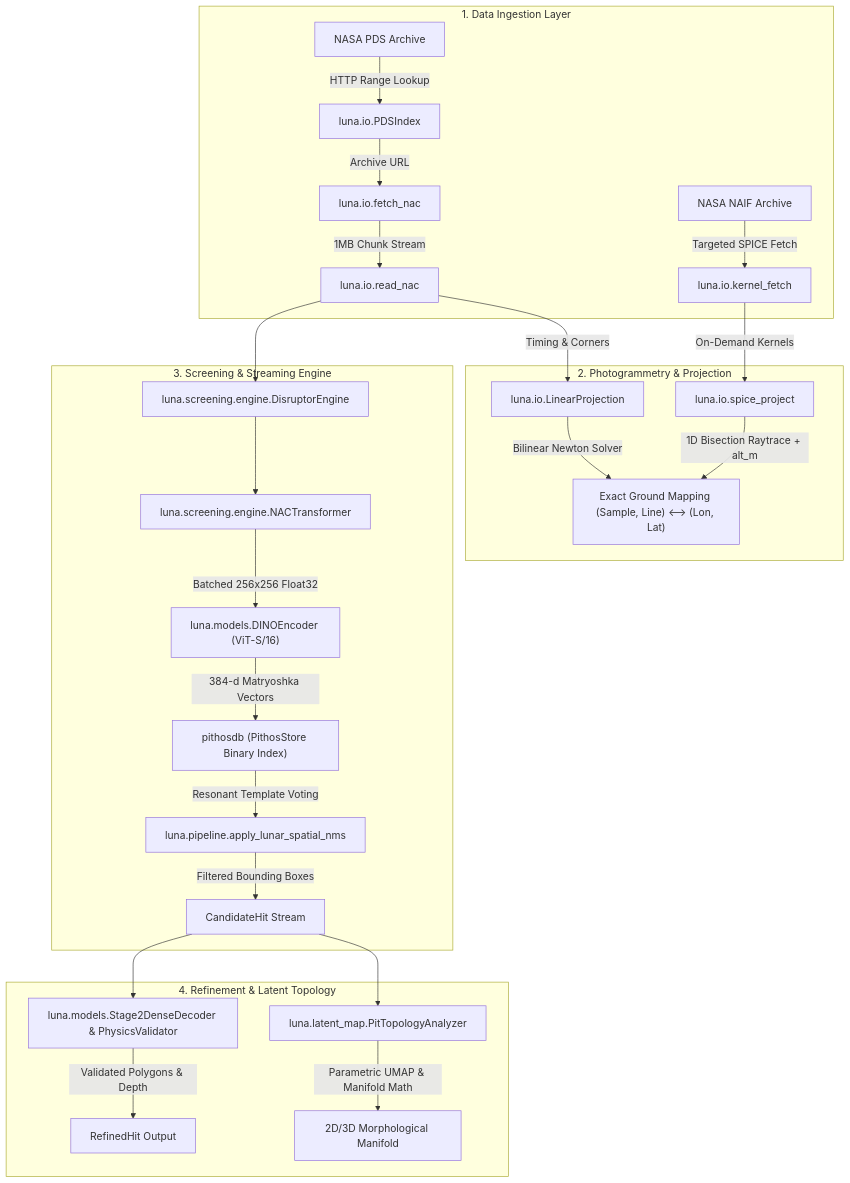
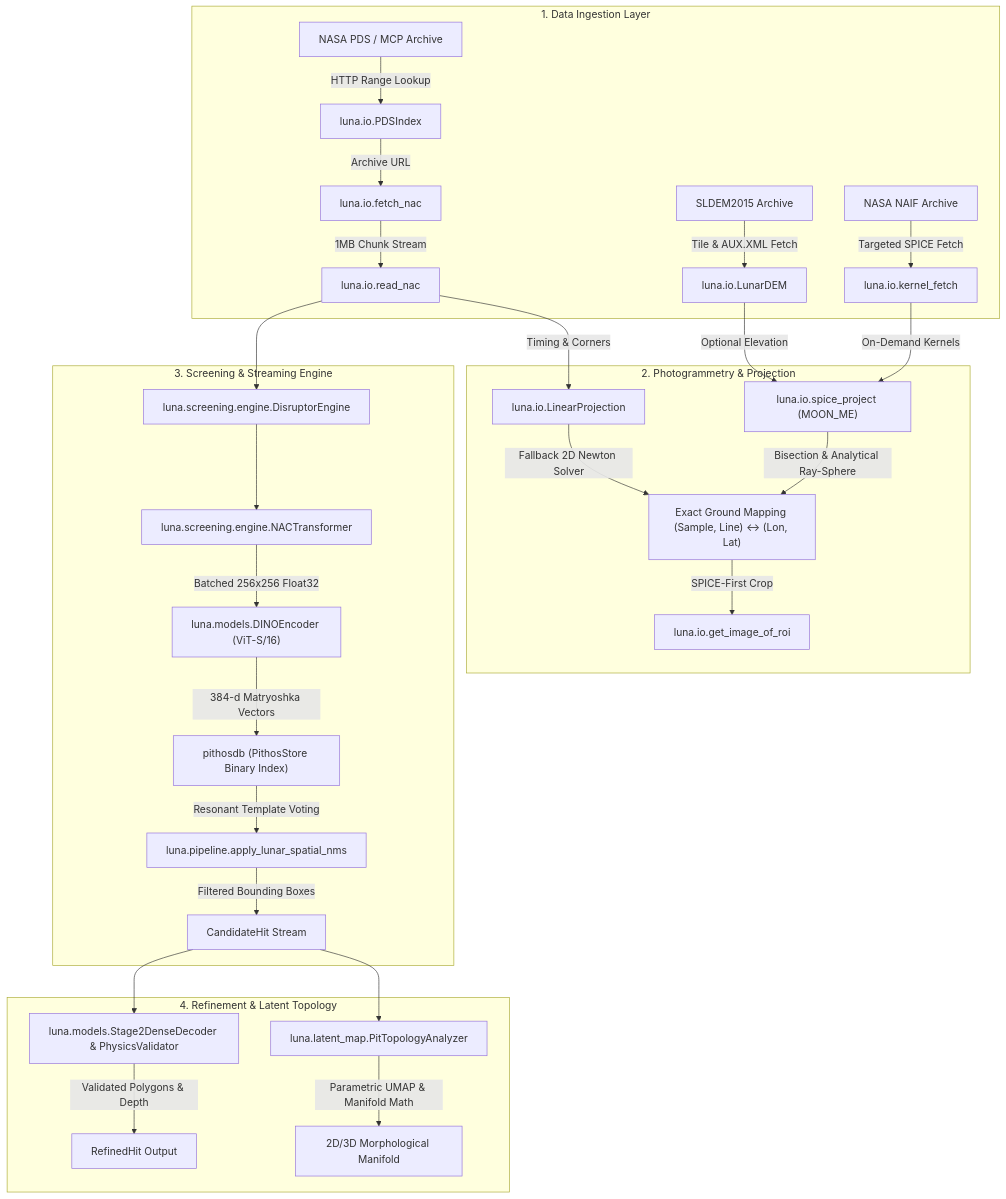
The diagram in docs/index.md (Quillstacks/luna), drawn with Mermaid before and after one commit. The commit also changed other lines of this file and 9 other files, not shown here.

Commit message:
docs: update README and documentation for LunarDEM, MOON_ME SPICE projection, and MCP PDSIndex

````diff
--- a/docs/index.md
+++ b/docs/index.md
@@ -23,32 +23,35 @@
 ```mermaid
 flowchart TD
     subgraph Data["1. Data Ingestion Layer"]
-        PDS["NASA PDS Archive"] -->|HTTP Range Lookup| PDSIndex["luna.io.PDSIndex"]
+        PDS["NASA PDS / MCP Archive"] -->|HTTP Range Lookup| PDSIndex["luna.io.PDSIndex"]
         PDSIndex -->|Archive URL| Fetch["luna.io.fetch_nac"]
         Fetch -->|1MB Chunk Stream| Reader["luna.io.read_nac"]
         NAIF["NASA NAIF Archive"] -->|Targeted SPICE Fetch| Kernels["luna.io.kernel_fetch"]
+        SLDEM["SLDEM2015 Archive"] -->|Tile & AUX.XML Fetch| DEM["luna.io.LunarDEM"]
     end
 
     subgraph Photogrammetry["2. Photogrammetry & Projection"]
-        Kernels -->|On-Demand Kernels| SPICE["luna.io.spice_project"]
+        Kernels -->|On-Demand Kernels| SPICE["luna.io.spice_project (MOON_ME)"]
+        DEM -->|Optional Elevation| SPICE
         Reader -->|Timing & Corners| Proj["luna.io.LinearProjection"]
-        SPICE -->|1D Bisection Raytrace + alt_m| CoordMap["Exact Ground Mapping (Sample, Line) ⟷ (Lon, Lat)"]
-        Proj -->|Bilinear Newton Solver| CoordMap
+        SPICE -->|Bisection & Analytical Ray-Sphere| CoordMap["Exact Ground Mapping (Sample, Line) <-> (Lon, Lat)"]
+        Proj -->|Fallback 2D Newton Solver| CoordMap
+        CoordMap -->|SPICE-First Crop| ROI["luna.io.get_image_of_roi"]
     end
 
     subgraph Pipeline["3. Screening & Streaming Engine"]
         Reader --> RingBuffer["luna.screening.engine.DisruptorEngine"]
         RingBuffer --> Transformer["luna.screening.engine.NACTransformer"]
         Transformer -->|Batched 256x256 Float32| DINO["luna.models.DINOEncoder (ViT-S/16)"]
         DINO -->|384-d Matryoshka Vectors| Pithos["pithosdb (PithosStore Binary Index)"]
         Pithos -->|Resonant Template Voting| NMS["luna.pipeline.apply_lunar_spatial_nms"]
         NMS -->|Filtered Bounding Boxes| Candidates["CandidateHit Stream"]
     end
 
     subgraph Evaluation["4. Refinement & Latent Topology"]
         Candidates --> Stage2["luna.models.Stage2DenseDecoder & PhysicsValidator"]
         Candidates --> LatentMap["luna.latent_map.PitTopologyAnalyzer"]
         Stage2 -->|Validated Polygons & Depth| VerifiedPits["RefinedHit Output"]
         LatentMap -->|Parametric UMAP & Manifold Math| ManifoldView["2D/3D Morphological Manifold"]
     end
 ```
````
